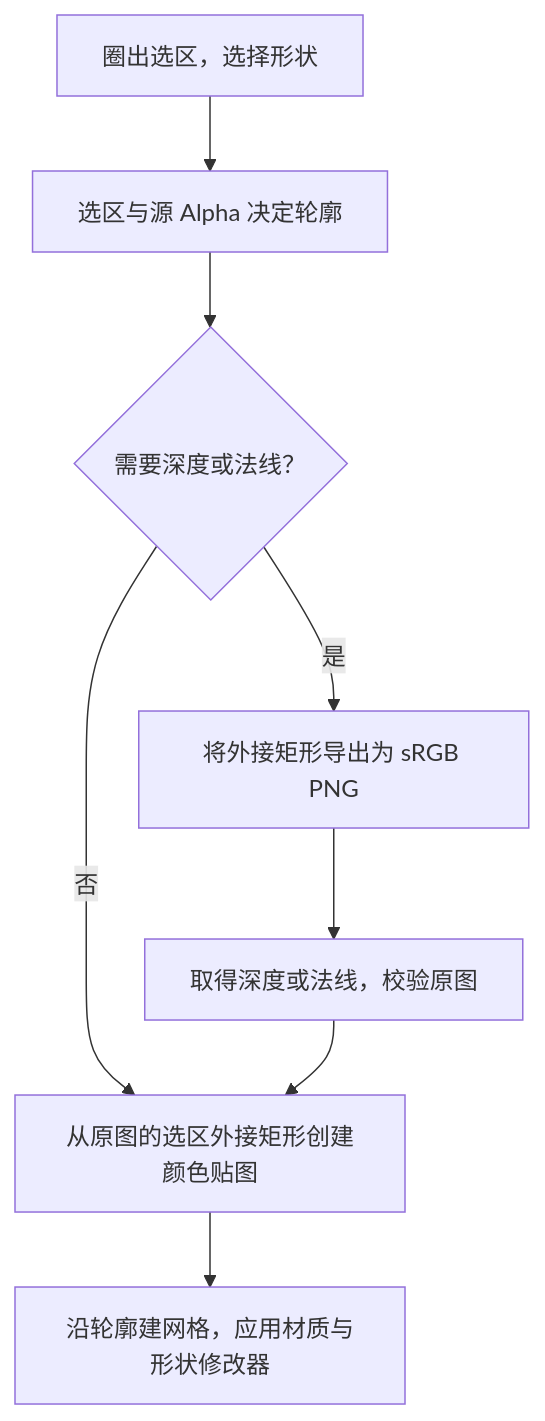
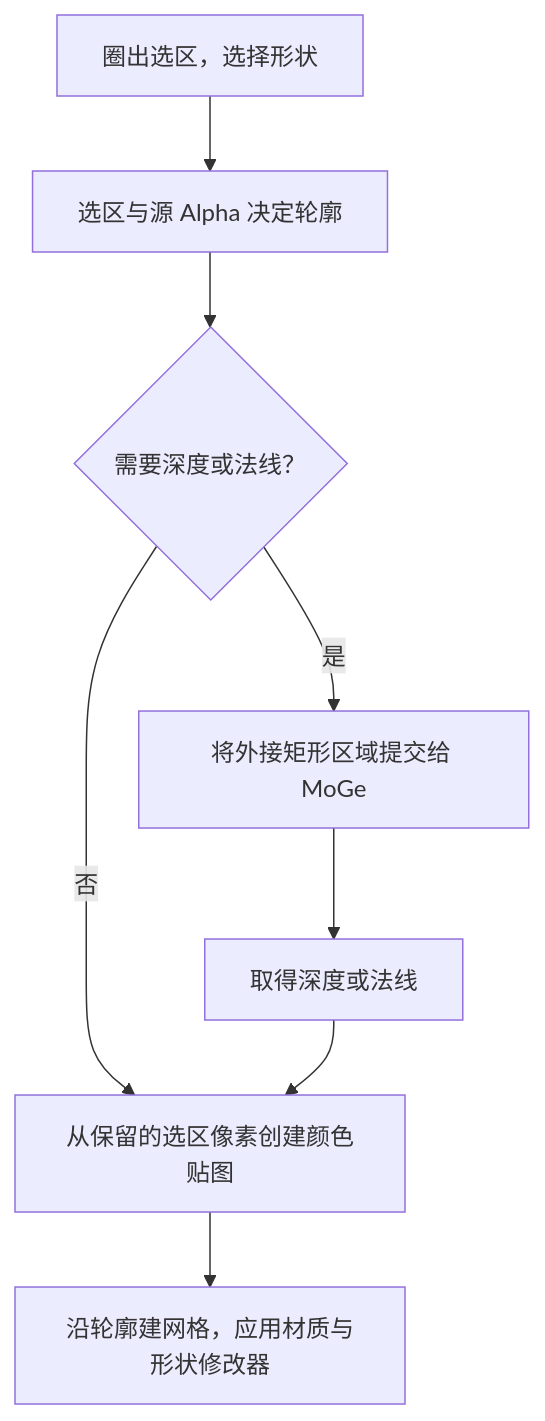
The diagram in docs/develop/operators/cutout-tool.md (OmooLab/AnyImage), drawn with Mermaid before and after one commit. The commit also changed other lines of this file and 145 other files, not shown here.

````diff
--- a/docs/develop/operators/cutout-tool.md
+++ b/docs/develop/operators/cutout-tool.md
@@ -5,10 +5,10 @@
 ```mermaid
 flowchart TD
     selection["圈出选区，选择形状"] --> mask["选区与源 Alpha 决定轮廓"]
     mask --> ai{"需要深度或法线？"}
-    ai -->|否| color["从原图的选区外接矩形创建颜色贴图"]
-    ai -->|是| png["将外接矩形导出为 sRGB PNG"]
-    png --> geometry["取得深度或法线，校验原图"]
+    ai -->|否| color["从保留的选区像素创建颜色贴图"]
+    ai -->|是| input["将外接矩形区域提交给 MoGe"]
+    input --> geometry["取得深度或法线"]
     geometry --> color
     color --> mesh["沿轮廓建网格，应用材质与形状修改器"]
 ```
````
